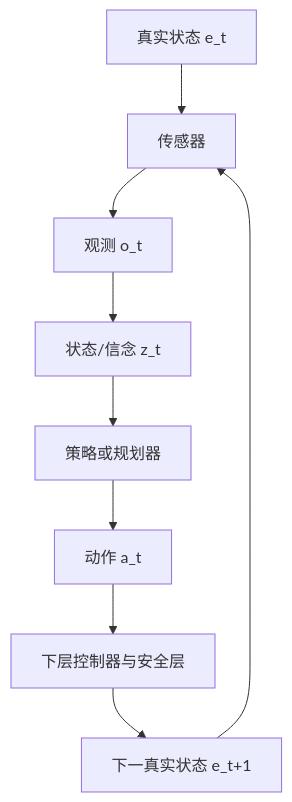
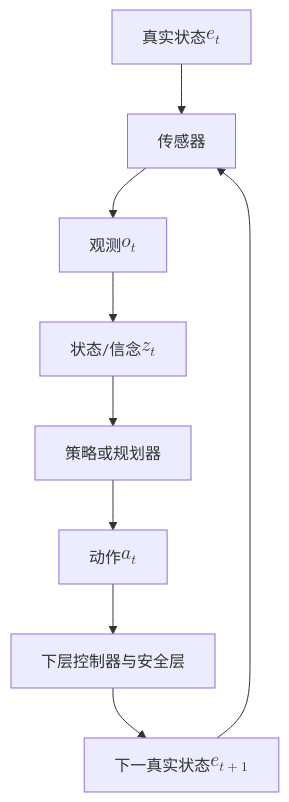
The first of 2 diagrams in docs/part-01-loop/ch03-minimal-robotics-and-decision.md (dollarser/world-models-and-embodied-ai-book), drawn with Mermaid before and after one commit. The commit also changed other lines of this file and 20 other files, not shown here.

````diff
--- a/docs/part-01-loop/ch03-minimal-robotics-and-decision.md
+++ b/docs/part-01-loop/ch03-minimal-robotics-and-decision.md
@@ -38,13 +38,13 @@
 ```mermaid
 flowchart TB
     accTitle: FIG-03-01 图 3-1 具身智能的观测决策闭环
     accDescr: 不可直接获得的真实状态产生观测，智能体由观测形成状态或信念并选择动作，环境转移后再返回新观测。
-    E[真实状态 e_t] --> S[传感器]
-    S --> O[观测 o_t]
-    O --> B[状态/信念 z_t]
+    E["真实状态 $$e_t$$"] --> S[传感器]
+    S --> O["观测 $$o_t$$"]
+    O --> B["状态/信念 $$z_t$$"]
     B --> P[策略或规划器]
-    P --> A[动作 a_t]
+    P --> A["动作 $$a_t$$"]
     A --> C[下层控制器与安全层]
-    C --> E2[下一真实状态 e_t+1]
+    C --> E2["下一真实状态 $$e_{t+1}$$"]
     E2 --> S
 ```
````
